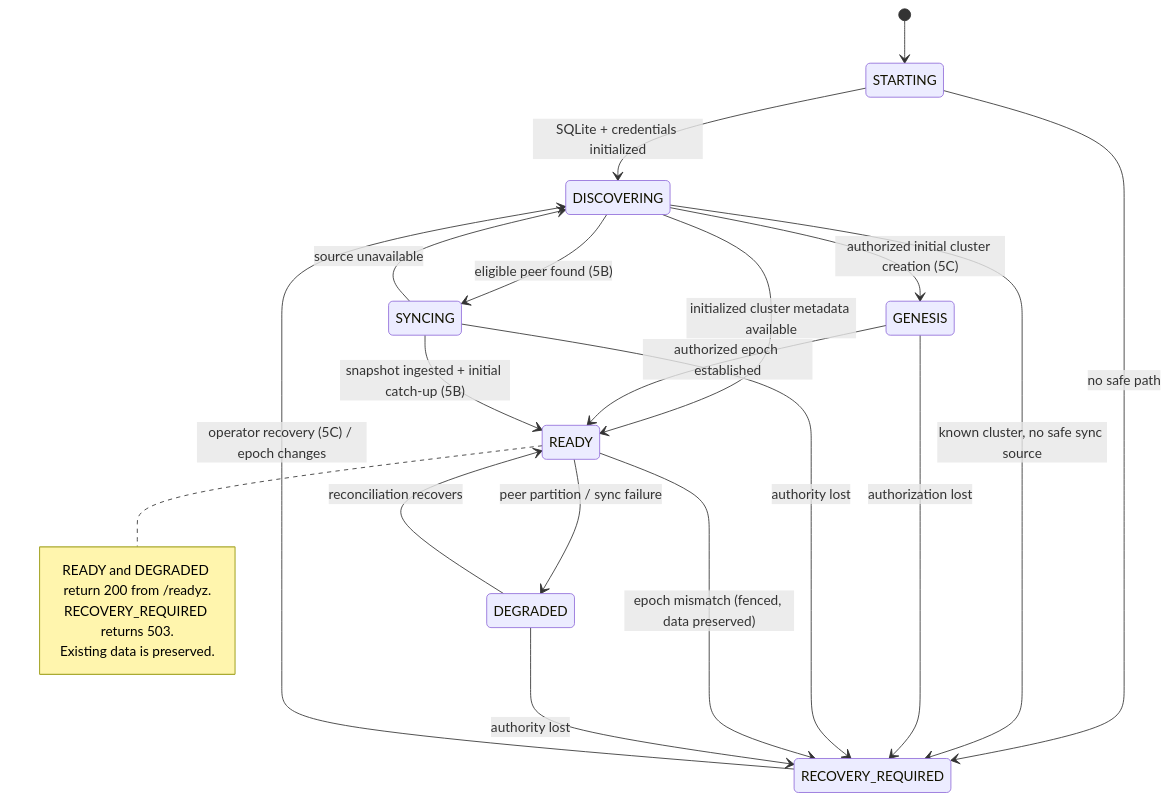
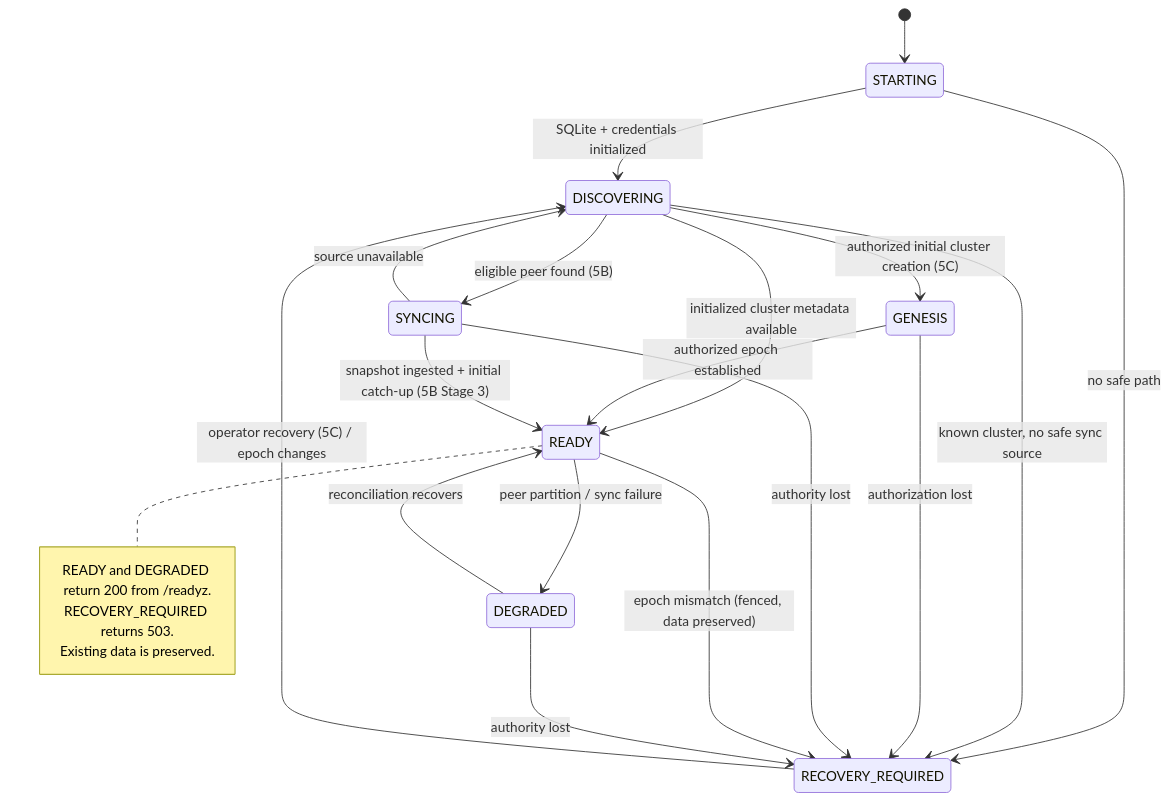
One commit to hirebrianm/gossipgrid changed the diagram in docs/diagrams/lifecycle-recovery.mmd. Above: the diagram before and after it, drawn with Mermaid. The commit also changed 43 other files, not shown here.

```diff
--- a/docs/diagrams/lifecycle-recovery.mmd
+++ b/docs/diagrams/lifecycle-recovery.mmd
@@ -1,23 +1,23 @@
 stateDiagram-v2
   [*] --> STARTING
   STARTING --> DISCOVERING: SQLite + credentials initialized
   STARTING --> RECOVERY_REQUIRED: no safe path
   DISCOVERING --> SYNCING: eligible peer found (5B)
   DISCOVERING --> GENESIS: authorized initial cluster creation (5C)
   DISCOVERING --> READY: initialized cluster metadata available
   DISCOVERING --> RECOVERY_REQUIRED: known cluster, no safe sync source
   GENESIS --> READY: authorized epoch established
   GENESIS --> RECOVERY_REQUIRED: authorization lost
-  SYNCING --> READY: snapshot ingested + initial catch-up (5B)
+  SYNCING --> READY: snapshot ingested + initial catch-up (5B Stage 3)
   SYNCING --> DISCOVERING: source unavailable
   SYNCING --> RECOVERY_REQUIRED: authority lost
   READY --> DEGRADED: peer partition / sync failure
   READY --> RECOVERY_REQUIRED: epoch mismatch (fenced, data preserved)
   DEGRADED --> READY: reconciliation recovers
   DEGRADED --> RECOVERY_REQUIRED: authority lost
   RECOVERY_REQUIRED --> DISCOVERING: operator recovery (5C) / epoch changes
   note right of READY
       READY and DEGRADED return 200 from /readyz.
       RECOVERY_REQUIRED returns 503.
       Existing data is preserved.
   end note
```
